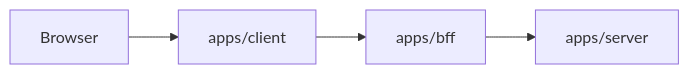
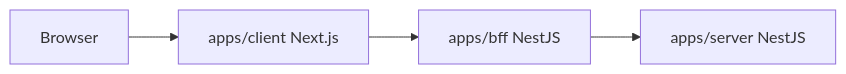
One commit to dadanliu/simulation-system changed the first of 2 diagrams in ARCHITECTURE.md. Above: the diagram before and after it, drawn with Mermaid. The commit also changed other lines of this file and 42 other files, not shown here.

Commit message:
refactor: migrate bff and server to nestjs

````diff
--- a/ARCHITECTURE.md
+++ b/ARCHITECTURE.md
@@ -38,6 +44,6 @@
 ```mermaid
 flowchart LR
-  A[Browser] --> B[apps/client]
-  B --> C[apps/bff]
-  C --> D[apps/server]
+  A[Browser] --> B[apps/client Next.js]
+  B --> C[apps/bff NestJS]
+  C --> D[apps/server NestJS]
 ```
````
